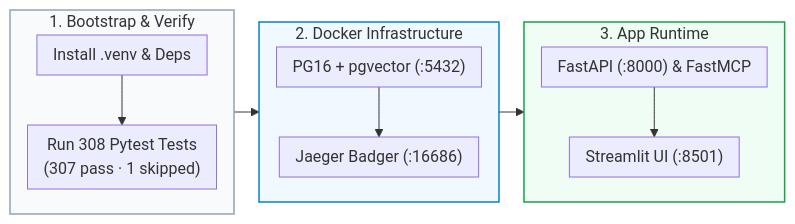
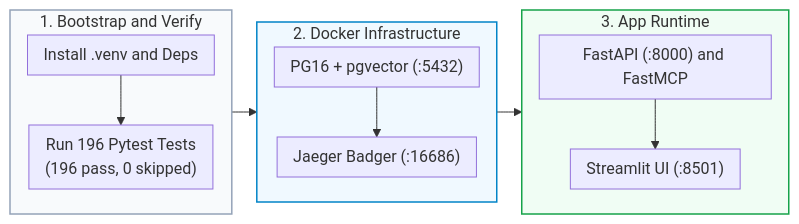
One commit to Kenono2000/enterprise-rag-pgvector-rbac changed the third of 10 diagrams in README.md. Above: the diagram before and after it, drawn with Mermaid. The commit also changed other lines of this file and 10 other files, not shown here.

First line of the commit message:
feat: Enhance HITL approval flow with checkpointing and decision endpoint

````diff
--- a/README.md
+++ b/README.md
@@ -89,20 +93,21 @@
 ```mermaid
 %%{init: {'flowchart': {'nodeSpacing': 15, 'rankSpacing': 25, 'padding': 8}}}%%
 flowchart LR
-    subgraph DevBootstrap ["1. Bootstrap & Verify"]
+    subgraph DevBootstrap ["1. Bootstrap and Verify"]
         direction TB
-        Venv["Install .venv & Deps"] --> Pytest["Run 308 Pytest Tests<br/>(307 pass · 1 skipped)"]
+        Venv["Install .venv and Deps"] --> Pytest["Run 196 Pytest Tests<br/>(196 pass, 0 skipped)"]
     end
     subgraph Containers ["2. Docker Infrastructure"]
         direction TB
         PG16["PG16 + pgvector (:5432)"] --> Jaeger["Jaeger Badger (:16686)"]
     end
     subgraph Services ["3. App Runtime"]
         direction TB
-        FastAPI["FastAPI (:8000) & FastMCP"] --> Streamlit["Streamlit UI (:8501)"]
+        FastAPI["FastAPI (:8000) and FastMCP"] --> Streamlit["Streamlit UI (:8501)"]
     end
-    DevBootstrap --> Containers --> Services
+    DevBootstrap --> Containers
+    Containers --> Services
     style DevBootstrap fill:#f8fafc,stroke:#94a3b8,stroke-width:1.5px
     style Containers fill:#f0f9ff,stroke:#0284c7,stroke-width:1.5px
     style Services fill:#f0fdf4,stroke:#16a34a,stroke-width:1.5px
 ```
````
